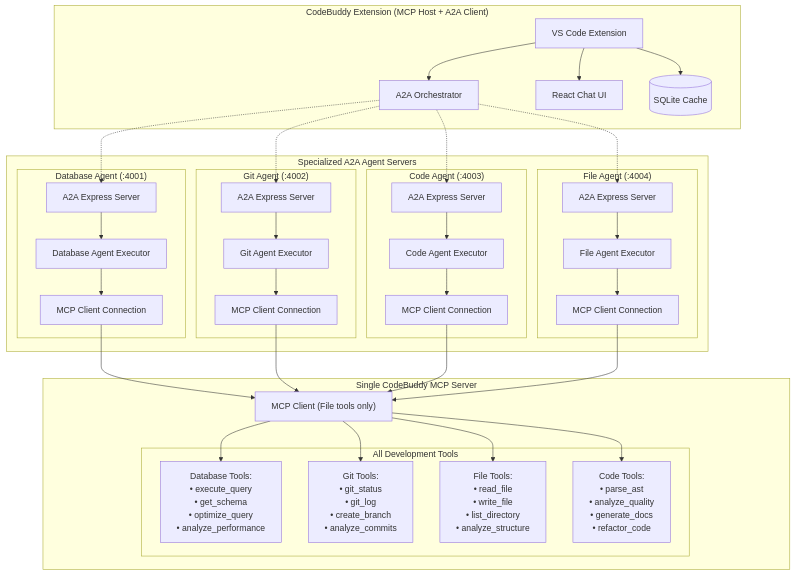
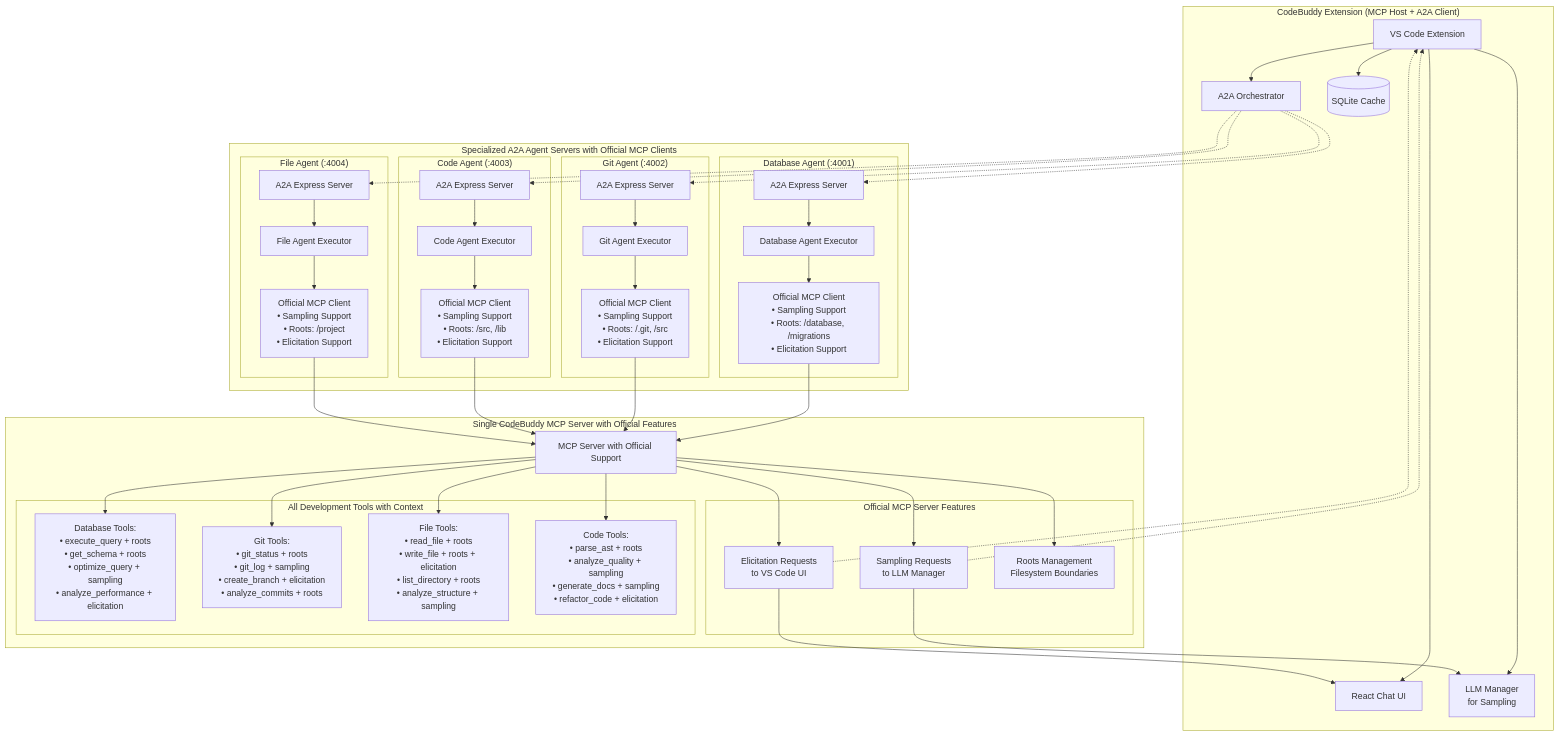
One commit to olasunkanmi-SE/codebuddy changed the second of 2 diagrams in docs/MCP/MCP_TECHNICAL_IMPLEMENTATION.md. Above: the diagram before and after it, drawn with Mermaid. The commit also changed other lines of this file and 4 other files, not shown here.

First line of the commit message:
feat(mcp): Implement complete MCP client and server with official features

````diff
--- a/docs/MCP/MCP_TECHNICAL_IMPLEMENTATION.md
+++ b/docs/MCP/MCP_TECHNICAL_IMPLEMENTATION.md
@@ -239,48 +308,56 @@
         A2AO[A2A Orchestrator]
         UI[React Chat UI]
         DB[(SQLite Cache)]
+        LLM[LLM Manager<br/>for Sampling]
     end
 
-    subgraph "Specialized A2A Agent Servers"
+    subgraph "Specialized A2A Agent Servers with Official MCP Clients"
         subgraph "Database Agent (:4001)"
             DAS[A2A Express Server]
             DAE[Database Agent Executor]
-            DAM[MCP Client Connection]
+            DAM[Official MCP Client<br/>• Sampling Support<br/>• Roots: /database, /migrations<br/>• Elicitation Support]
         end
 
         subgraph "Git Agent (:4002)"
             GAS[A2A Express Server]
             GAE[Git Agent Executor]
-            GAM[MCP Client Connection]
+            GAM[Official MCP Client<br/>• Sampling Support<br/>• Roots: /.git, /src<br/>• Elicitation Support]
         end
 
         subgraph "Code Agent (:4003)"
             CAS[A2A Express Server]
             CAE[Code Agent Executor]
-            CAM[MCP Client Connection]
+            CAM[Official MCP Client<br/>• Sampling Support<br/>• Roots: /src, /lib<br/>• Elicitation Support]
         end
 
         subgraph "File Agent (:4004)"
             FAS[A2A Express Server]
             FAE[File Agent Executor]
-            FAM[MCP Client Connection]
+            FAM[Official MCP Client<br/>• Sampling Support<br/>• Roots: /project<br/>• Elicitation Support]
         end
     end
 
-    subgraph "Single CodeBuddy MCP Server"
-        MCP[MCP Server]
+    subgraph "Single CodeBuddy MCP Server with Official Features"
+        MCP[MCP Server with Official Support]
 
-        subgraph "All Development Tools"
-            DBT[Database Tools:<br/>• execute_query<br/>• get_schema<br/>• optimize_query<br/>• analyze_performance]
-            GT[Git Tools:<br/>• git_status<br/>• git_log<br/>• create_branch<br/>• analyze_commits]
-            FT[File Tools:<br/>• read_file<br/>• write_file<br/>• list_directory<br/>• analyze_structure]
-            CT[Code Tools:<br/>• parse_ast<br/>• analyze_quality<br/>• generate_docs<br/>• refactor_code]
+        subgraph "Official MCP Server Features"
+            SAMP[Sampling Requests<br/>to LLM Manager]
+            ELIC[Elicitation Requests<br/>to VS Code UI]
+            ROOTS[Roots Management<br/>Filesystem Boundaries]
+        end
+
+        subgraph "All Development Tools with Context"
+            DBT[Database Tools:<br/>• execute_query + roots<br/>• get_schema + roots<br/>• optimize_query + sampling<br/>• analyze_performance + elicitation]
+            GT[Git Tools:<br/>• git_status + roots<br/>• git_log + sampling<br/>• create_branch + elicitation<br/>• analyze_commits + roots]
+            FT[File Tools:<br/>• read_file + roots<br/>• write_file + roots + elicitation<br/>• list_directory + roots<br/>• analyze_structure + sampling]
+            CT[Code Tools:<br/>• parse_ast + roots<br/>• analyze_quality + sampling<br/>• generate_docs + sampling<br/>• refactor_code + elicitation]
         end
     end
 
     CE --> A2AO
     CE --> UI
     CE --> DB
+    CE --> LLM
 
     A2AO -.-> DAS
     A2AO -.-> GAS
@@ -292,13 +369,20 @@
     CAS --> CAE --> CAM
     FAS --> FAE --> FAM
 
-    DAM --> MCP["MCP Client (DB tools only)"]
-    GAM --> MCP["MCP Client (Git tools only)"]
-    CAM --> MCP["MCP Client (Code tools only)"]
-    FAM --> MCP["MCP Client (File tools only)"]
+    DAM --> MCP
+    GAM --> MCP
+    CAM --> MCP
+    FAM --> MCP
 
     MCP --> DBT
     MCP --> GT
     MCP --> FT
     MCP --> CT
+
+    MCP --> SAMP --> LLM
+    MCP --> ELIC --> UI
+    MCP --> ROOTS
+
+    SAMP -.-> CE
+    ELIC -.-> CE
 ```
````
